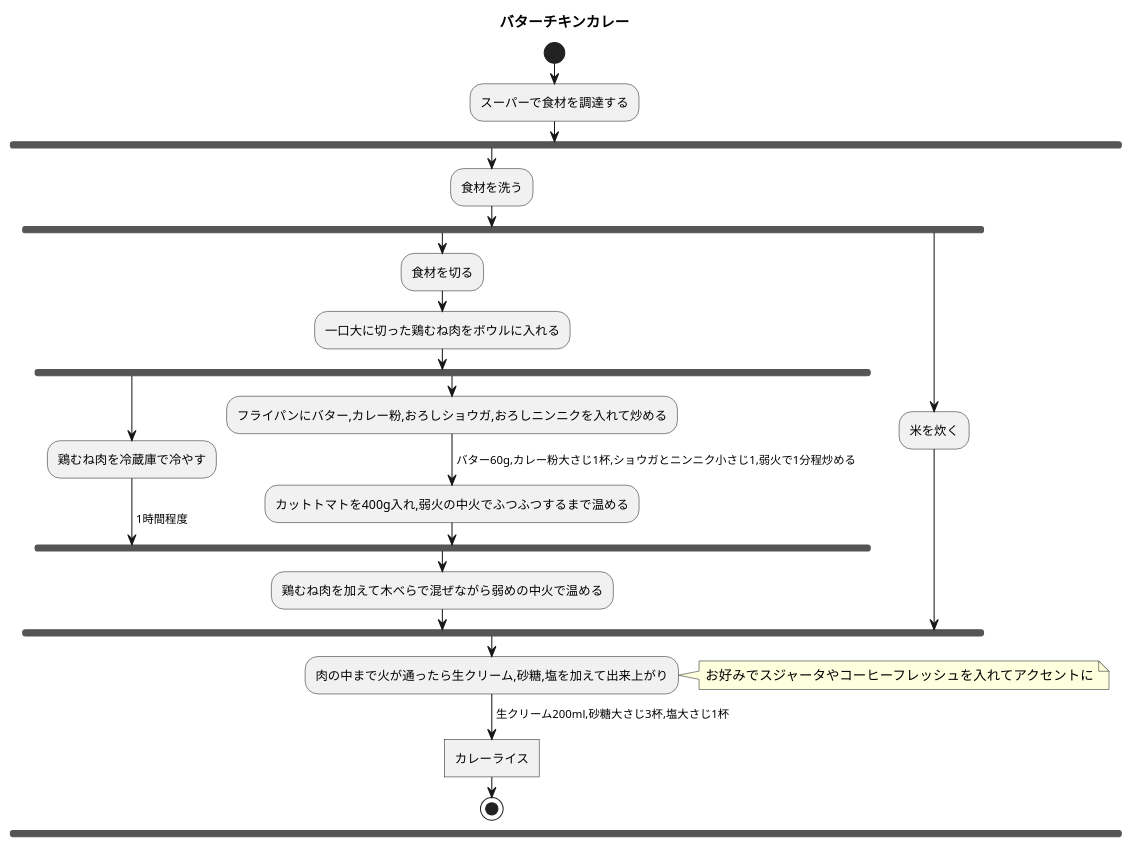
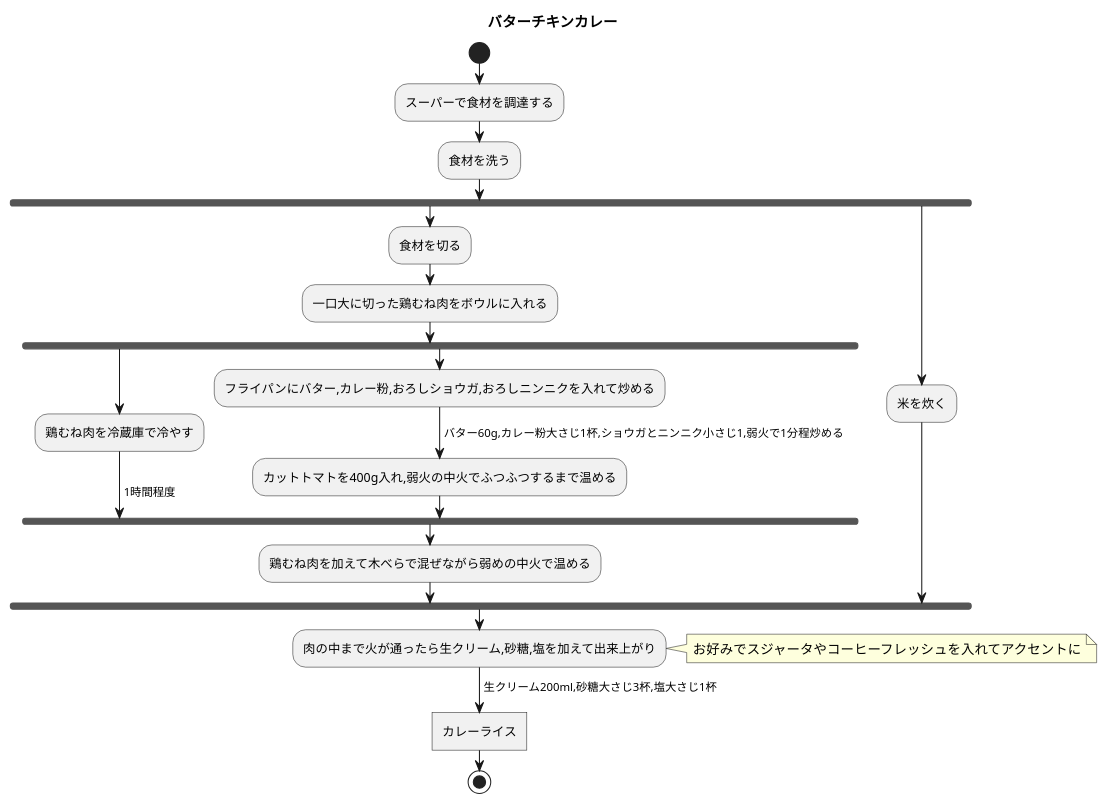
The diagram in 演習7/7章練習_ACカレーライス.pu (moppechan/uml_introduction), drawn with PlantUML before and after one commit.

Commit message:
編集

```diff
--- a/演習7/7章練習_ACカレーライス.pu
+++ b/演習7/7章練習_ACカレーライス.pu
@@ -1,29 +1,28 @@
 @startuml カレー
 title バターチキンカレー
 start
 :スーパーで食材を調達する;
-fork
 :食材を洗う;
 fork
 :食材を切る;
 :一口大に切った鶏むね肉をボウルに入れる;
 fork
 :鶏むね肉を冷蔵庫で冷やす;
 ->1時間程度;
 fork again
 :フライパンにバター,カレー粉,おろしショウガ,おろしニンニクを入れて炒める;
 ->バター60g,カレー粉大さじ1杯,ショウガとニンニク小さじ1,弱火で1分程炒める;
 :カットトマトを400g入れ,弱火の中火でふつふつするまで温める;
 end fork
 :鶏むね肉を加えて木べらで混ぜながら弱めの中火で温める;
 fork again
 :米を炊く;
 end fork
 :肉の中まで火が通ったら生クリーム,砂糖,塩を加えて出来上がり;
 ->生クリーム200ml,砂糖大さじ3杯,塩大さじ1杯;
 note right
 お好みでスジャータやコーヒーフレッシュを入れてアクセントに
 endnote
 :カレーライス]
 stop
 @enduml
```
